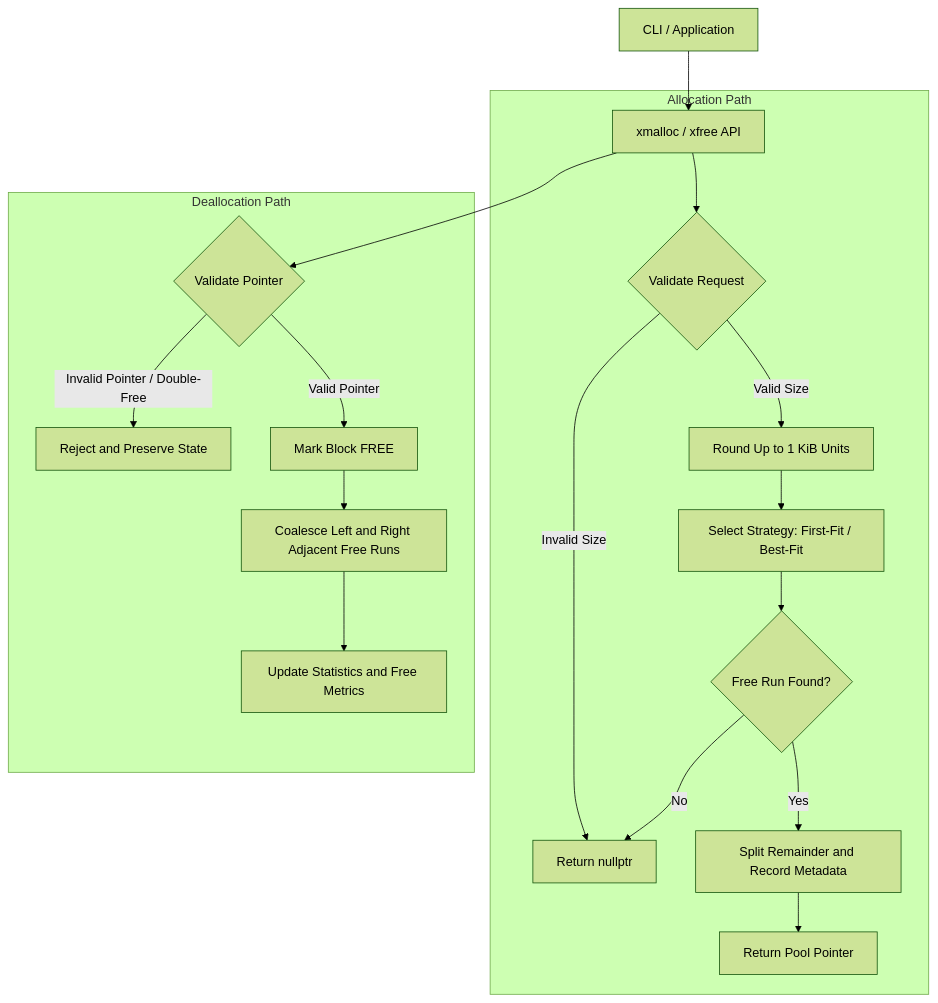
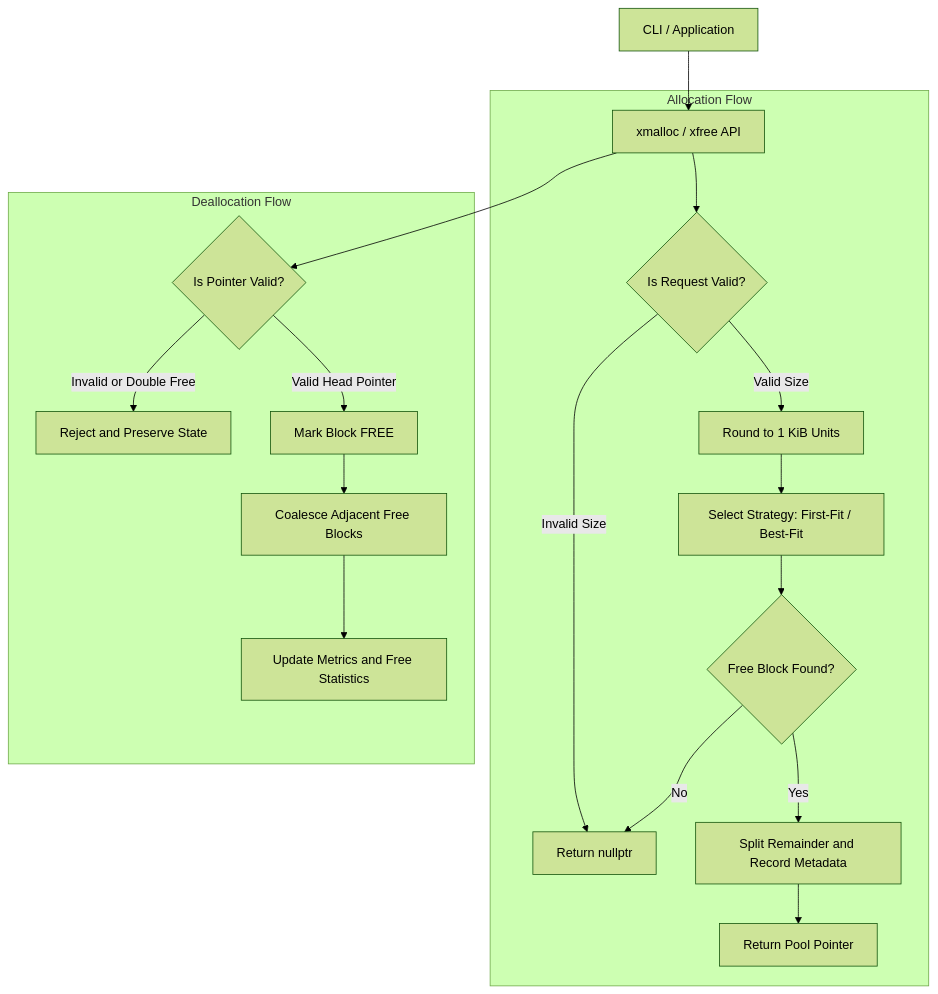
One commit to adityashinde0/Deterministic-Custom-Memory-Allocator changed the diagram in README.md. Above: the diagram before and after it, drawn with Mermaid (forest theme).

Commit message:
docs: use strictly compliant quoted mermaid syntax for github markdown renderer

````diff
--- a/README.md
+++ b/README.md
@@ -39,23 +39,23 @@
 ```mermaid
 flowchart TD
-    CLI[CLI / Application] --> API[xmalloc / xfree API]
+    CLI["CLI / Application"] --> API["xmalloc / xfree API"]
 
-    subgraph Allocation [Allocation Path]
-        API --> CheckReq{Validate Request}
-        CheckReq -->|Invalid Size| FailAlloc[Return nullptr]
-        CheckReq -->|Valid Size| RoundUnits[Round Up to 1 KiB Units]
-        RoundUnits --> Strat[Select Strategy: First-Fit / Best-Fit]
-        Strat --> FindBlock{Free Run Found?}
-        FindBlock -->|No| FailAlloc
-        FindBlock -->|Yes| SplitBlock[Split Remainder and Record Metadata]
-        SplitBlock --> RetPtr[Return Pool Pointer]
+    subgraph Allocation["Allocation Flow"]
+        API --> ValReq{"Is Request Valid?"}
+        ValReq -->|"Invalid Size"| AllocFail["Return nullptr"]
+        ValReq -->|"Valid Size"| Round["Round to 1 KiB Units"]
+        Round --> Strat["Select Strategy: First-Fit / Best-Fit"]
+        Strat --> FindFree{"Free Block Found?"}
+        FindFree -->|"No"| AllocFail
+        FindFree -->|"Yes"| Split["Split Remainder and Record Metadata"]
+        Split --> RetPtr["Return Pool Pointer"]
     end
 
-    subgraph Deallocation [Deallocation Path]
-        API --> CheckPtr{Validate Pointer}
-        CheckPtr -->|Invalid Pointer / Double-Free| RejectFree[Reject and Preserve State]
-        CheckPtr -->|Valid Pointer| ReleaseBlock[Mark Block FREE]
-        ReleaseBlock --> CoalesceBlocks[Coalesce Left and Right Adjacent Free Runs]
-        CoalesceBlocks --> UpdateMetrics[Update Statistics and Free Metrics]
+    subgraph Deallocation["Deallocation Flow"]
+        API --> ValPtr{"Is Pointer Valid?"}
+        ValPtr -->|"Invalid or Double Free"| FreeReject["Reject and Preserve State"]
+        ValPtr -->|"Valid Head Pointer"| Release["Mark Block FREE"]
+        Release --> Coalesce["Coalesce Adjacent Free Blocks"]
+        Coalesce --> Stats["Update Metrics and Free Statistics"]
     end
 ```
````
